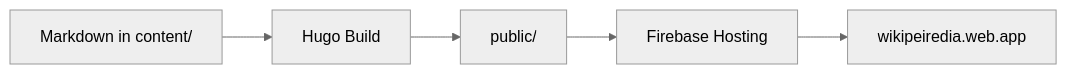
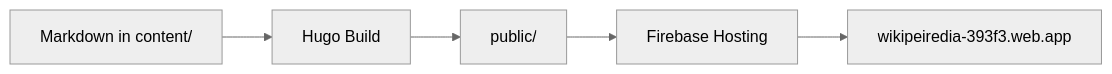
Before and after one commit to da-sa-li/Wikipeiredia: the diagram in content/grundlagen/formatierung.md, drawn with Mermaid (neutral theme). The commit also changed 4 other files, not shown here.

````diff
--- a/content/grundlagen/formatierung.md
+++ b/content/grundlagen/formatierung.md
@@ -64,7 +64,7 @@
 ```mermaid
 flowchart LR
     A[Markdown in content/] --> B[Hugo Build]
     B --> C[public/]
     C --> D[Firebase Hosting]
-    D --> E[wikipeiredia.web.app]
+    D --> E[wikipeiredia-393f3.web.app]
 ```
````
